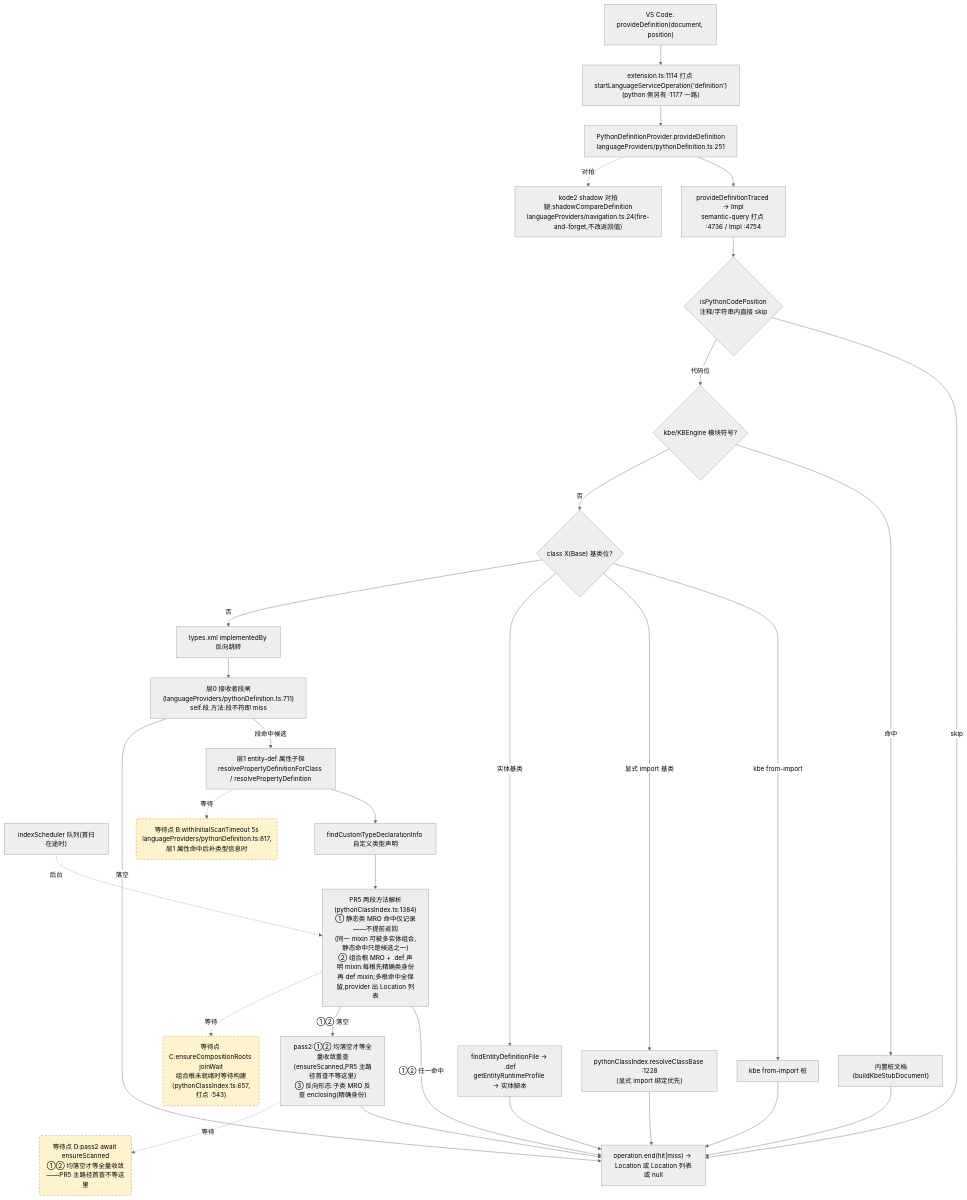
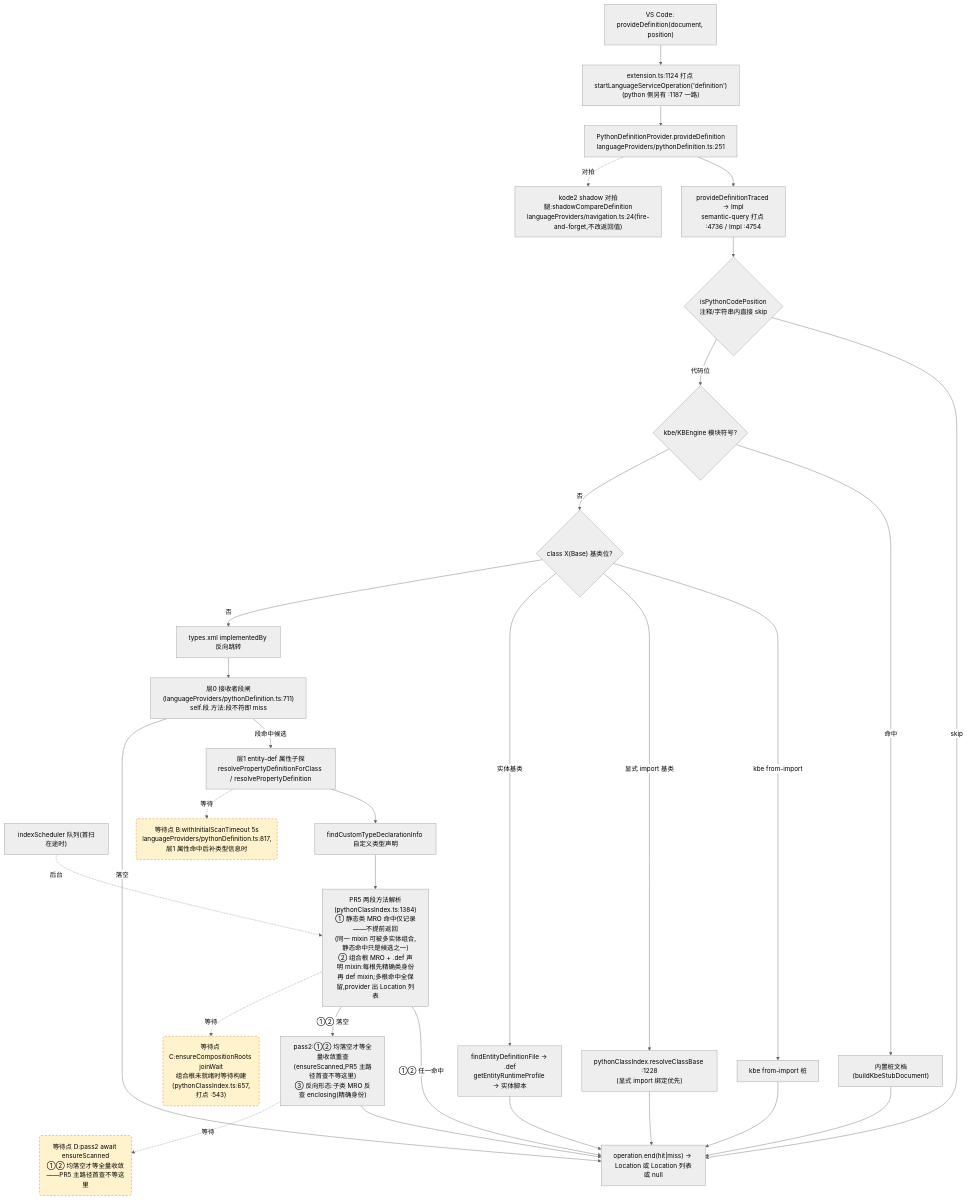
Before and after one commit to cuihairu/kode: the second of 4 diagrams in docs/perf/2026-baseline.md, drawn with Mermaid (neutral theme). The commit also changed other lines of this file and 13 other files, not shown here.

First line of the commit message:
feat(configData): config-data mutation diagnostics and schema hover (KODE-CFG-016)

````diff
--- a/docs/perf/2026-baseline.md
+++ b/docs/perf/2026-baseline.md
@@ -130,51 +130,51 @@
 ```mermaid
 flowchart TD
   VC2["VS Code: provideDefinition(document, position)"]
-  M2["extension.ts:1114 打点 startLanguageServiceOperation('definition')<br/>(python 侧另有 :1177 一路)"]
+  M2["extension.ts:1124 打点 startLanguageServiceOperation('definition')<br/>(python 侧另有 :1187 一路)"]
   AD2["PythonDefinitionProvider.provideDefinition<br/>languageProviders/pythonDefinition.ts:251"]
   TR["provideDefinitionTraced → Impl<br/>semantic-query 打点 :4736 / Impl :4754"]
   CTX{"isPythonCodePosition<br/>注释/字符串内直接 skip"}
   KBE{"kbe/KBEngine 模块符号?"}
   STUB["内置桩文档(buildKbeStubDocument)"]
   CB{"class X(Base) 基类位?"}
   CB1["kbe from-import 桩"]
   CB2["pythonClassIndex.resolveClassBase :1228<br/>(显式 import 绑定优先)"]
   CB3["findEntityDefinitionFile → .def<br/>getEntityRuntimeProfile → 实体脚本"]
   REV["types.xml implementedBy 反向跳转"]
   L0["层0 接收者段闸(languageProviders/pythonDefinition.ts:711)<br/>self.段.方法:段不符即 miss"]
   L1["层1 entity-def 属性子探<br/>resolvePropertyDefinitionForClass / resolvePropertyDefinition"]
   SCAN["indexScheduler 队列(首扫在途时)"]
   TY["findCustomTypeDeclarationInfo 自定义类型声明"]
   MRO["PR5 两段方法解析(pythonClassIndex.ts:1384)<br/>① 静态类 MRO 命中仅记录——不提前返回<br/>(同一 mixin 可被多实体组合,静态命中只是候选之一)<br/>② 组合根 MRO + .def 声明 mixin:每根先精确类身份<br/>再 def mixin;多根命中全保留,provider 出 Location 列表"]
   PASS2["pass2:①② 均落空才等全量收敛重查<br/>(ensureScanned,PR5 主路径首查不等这里)<br/>③ 反向形态:子类 MRO 反查 enclosing(精确身份)"]
   SHD["kode2 shadow 对拍腿:shadowCompareDefinition<br/>languageProviders/navigation.ts:24(fire-and-forget,不改返回值)"]
   END2["operation.end(hit|miss) → Location 或 Location 列表或 null"]
 
   VC2 --> M2 --> AD2 --> TR --> CTX
   CTX -- "skip" --> END2
   CTX -- "代码位" --> KBE
   KBE -- "命中" --> STUB --> END2
   KBE -- "否" --> CB
   CB -- "kbe from-import" --> CB1 --> END2
   CB -- "显式 import 基类" --> CB2 --> END2
   CB -- "实体基类" --> CB3 --> END2
   CB -- "否" --> REV --> L0
   L0 -- "段命中候选" --> L1
   L0 -- "落空" --> END2
   L1 --> TY
   TY --> MRO
   MRO -- "①② 任一命中" --> END2
   MRO -- "①② 落空" --> PASS2 --> END2
   AD2 -.->|对拍| SHD
 
   WAITB("等待点 B:withInitialScanTimeout 5s<br/>languageProviders/pythonDefinition.ts:817,层1 属性命中后补类型信息时")
   WAITC("等待点 C:ensureCompositionRoots joinWait<br/>组合根未就绪时等待构建(pythonClassIndex.ts:657,打点 :543)")
   WAITD("等待点 D:pass2 await ensureScanned<br/>①② 均落空才等全量收敛——PR5 主路径首查不等这里")
   L1 -.->|等待| WAITB
   MRO -.->|等待| WAITC
   PASS2 -.->|等待| WAITD
   SCAN -.->|后台| MRO
 
   classDef waitPoint fill:#fff3cd,stroke:#d97706,stroke-dasharray:5 4;
   class WAITB,WAITC,WAITD waitPoint;
 ```
````
